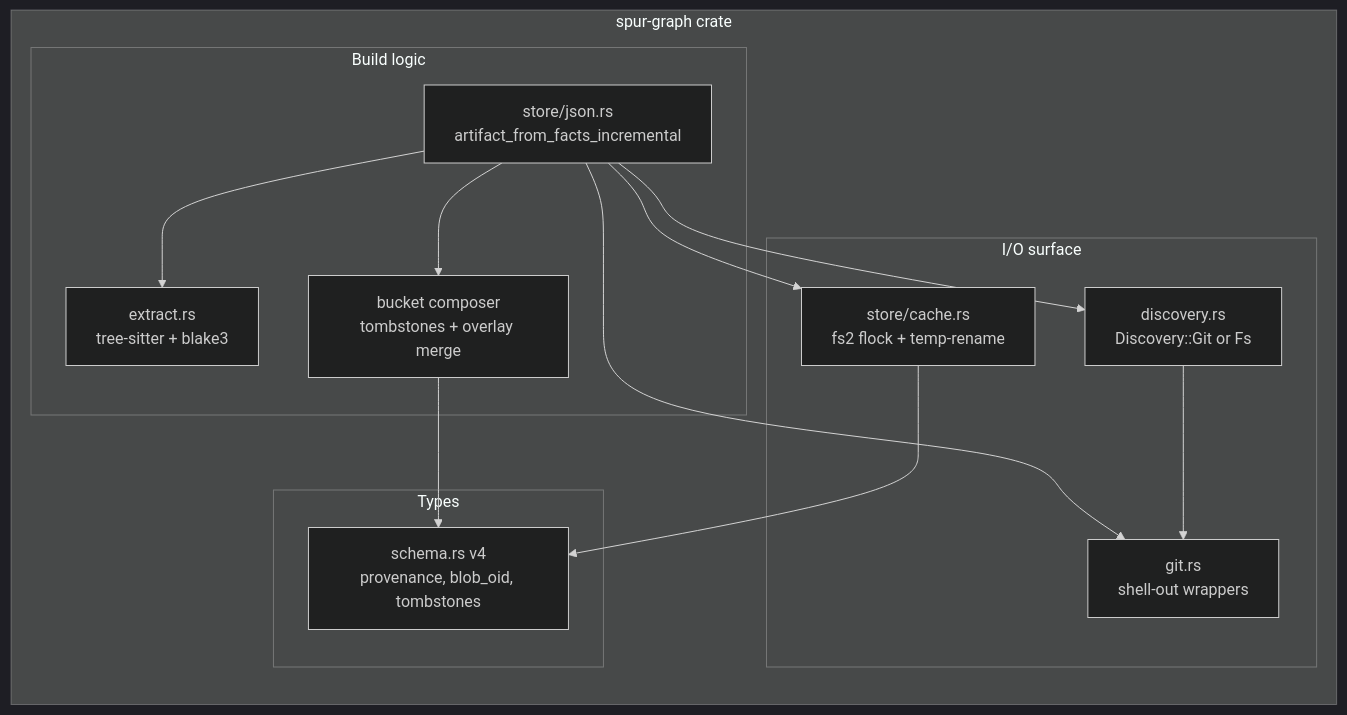
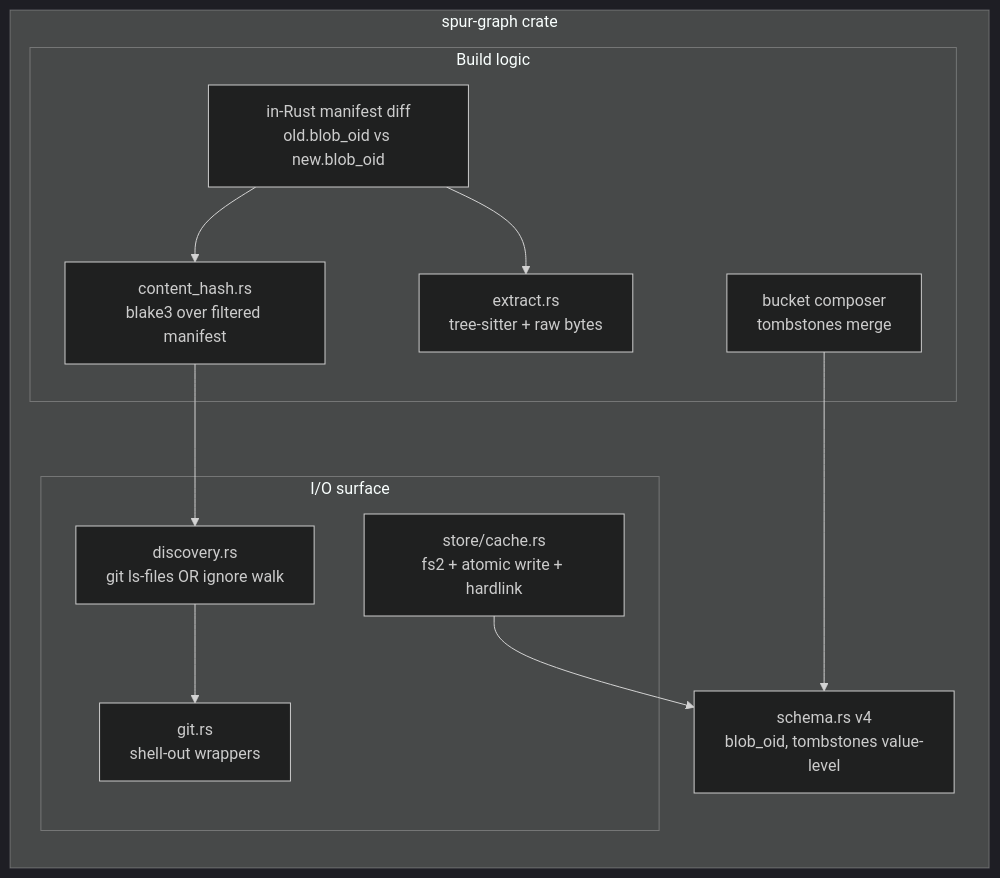
One commit to getspur/spur changed the second of 7 diagrams in docs/architecture/spur-graph-git-invalidation.md. Above: the diagram before and after it, drawn with Mermaid (dark theme). The commit also changed other lines of this file, not shown here.

````diff
--- a/docs/architecture/spur-graph-git-invalidation.md
+++ b/docs/architecture/spur-graph-git-invalidation.md
@@ -114,31 +125,28 @@
 ```mermaid
 flowchart TB
     subgraph spur_graph[spur-graph crate]
         direction TB
 
         subgraph IO[I/O surface]
-            DISC[discovery.rs<br/>Discovery::Git or Fs]
+            DISC[discovery.rs<br/>git ls-files OR ignore walk]
             GITMOD[git.rs<br/>shell-out wrappers]
-            STORE[store/cache.rs<br/>fs2 flock + temp-rename]
+            STORE[store/cache.rs<br/>fs2 + atomic write + hardlink]
         end
 
         subgraph Logic[Build logic]
-            INCR[store/json.rs<br/>artifact_from_facts_incremental]
-            EXTRACT[extract.rs<br/>tree-sitter + blake3]
-            COMPOSE[bucket composer<br/>tombstones + overlay merge]
+            HASH[content_hash.rs<br/>blake3 over filtered manifest]
+            DIFF[in-Rust manifest diff<br/>old.blob_oid vs new.blob_oid]
+            EXTRACT[extract.rs<br/>tree-sitter + raw bytes]
+            COMPOSE[bucket composer<br/>tombstones merge]
         end
 
-        subgraph Schema[Types]
-            SCHEMA[schema.rs v4<br/>provenance, blob_oid, tombstones]
-        end
+        SCHEMA[schema.rs v4<br/>blob_oid, tombstones value-level]
     end
 
-    INCR --> DISC
     DISC --> GITMOD
-    INCR --> GITMOD
-    INCR --> EXTRACT
-    INCR --> COMPOSE
+    HASH --> DISC
+    DIFF --> HASH
+    DIFF --> EXTRACT
     COMPOSE --> SCHEMA
-    INCR --> STORE
     STORE --> SCHEMA
 ```
````
